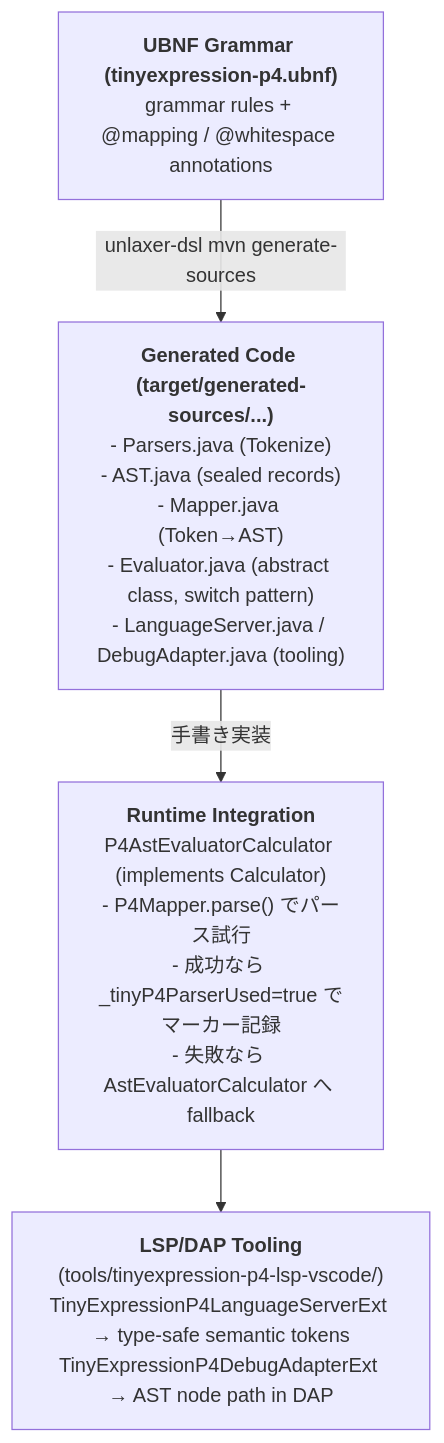
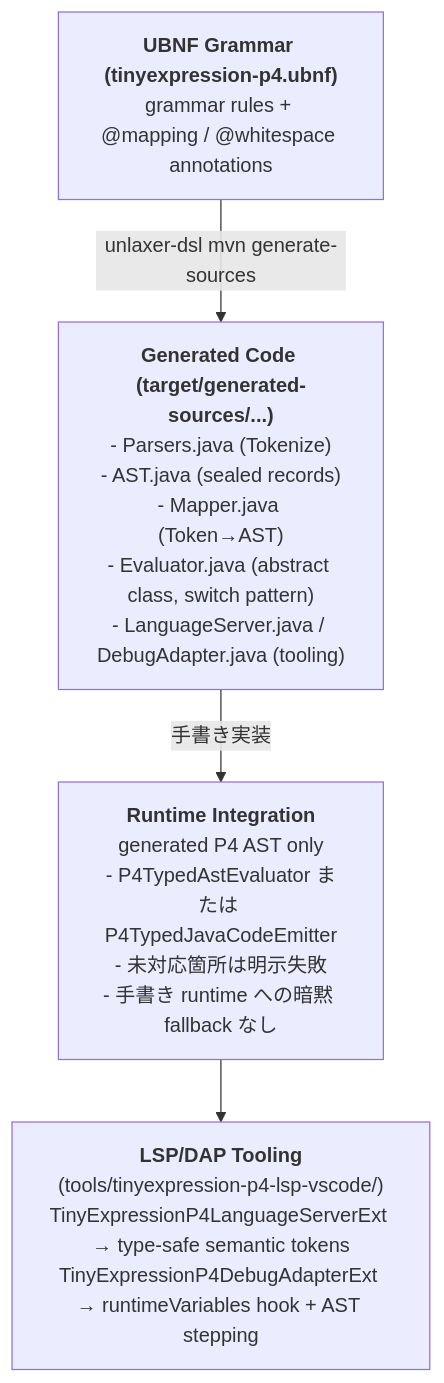
The diagram in docs/TINYEXPRESSION-P4-PIPELINE-GUIDE.md (opaopa6969/tinyexpression), drawn with Mermaid before and after one commit. The commit also changed other lines of this file and 30 other files, not shown here.

Commit message:
feat: make TinyExpression DAP runtime usable

````diff
--- a/docs/TINYEXPRESSION-P4-PIPELINE-GUIDE.md
+++ b/docs/TINYEXPRESSION-P4-PIPELINE-GUIDE.md
@@ -29,11 +28,11 @@
 ```mermaid
 flowchart TD
     Ubnf["<b>UBNF Grammar (tinyexpression-p4.ubnf)</b><br/>grammar rules + @mapping / @whitespace annotations"]
     Gen["<b>Generated Code (target/generated-sources/...)</b><br/>- Parsers.java (Tokenize)<br/>- AST.java (sealed records)<br/>- Mapper.java (Token→AST)<br/>- Evaluator.java (abstract class, switch pattern)<br/>- LanguageServer.java / DebugAdapter.java (tooling)"]
-    Run["<b>Runtime Integration</b><br/>P4AstEvaluatorCalculator (implements Calculator)<br/>- P4Mapper.parse() でパース試行<br/>- 成功なら _tinyP4ParserUsed=true でマーカー記録<br/>- 失敗なら AstEvaluatorCalculator へ fallback"]
-    Tool["<b>LSP/DAP Tooling</b><br/>(tools/tinyexpression-p4-lsp-vscode/)<br/>TinyExpressionP4LanguageServerExt → type-safe semantic tokens<br/>TinyExpressionP4DebugAdapterExt → AST node path in DAP"]
+    Run["<b>Runtime Integration</b><br/>generated P4 AST only<br/>- P4TypedAstEvaluator または P4TypedJavaCodeEmitter<br/>- 未対応箇所は明示失敗<br/>- 手書き runtime への暗黙 fallback なし"]
+    Tool["<b>LSP/DAP Tooling</b><br/>(tools/tinyexpression-p4-lsp-vscode/)<br/>TinyExpressionP4LanguageServerExt → type-safe semantic tokens<br/>TinyExpressionP4DebugAdapterExt → runtimeVariables hook + AST stepping"]
 
     Ubnf -- "unlaxer-dsl mvn generate-sources" --> Gen
     Gen -- "手書き実装" --> Run
     Run --> Tool
 ```
````
